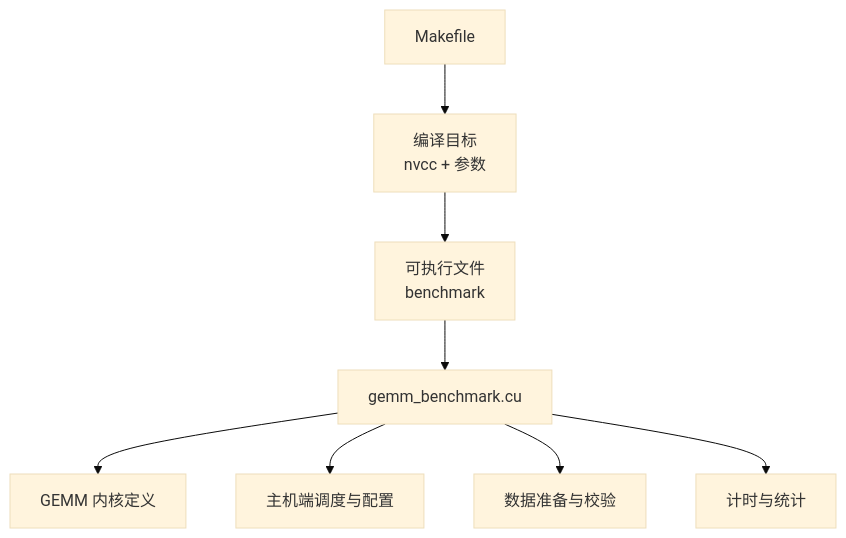
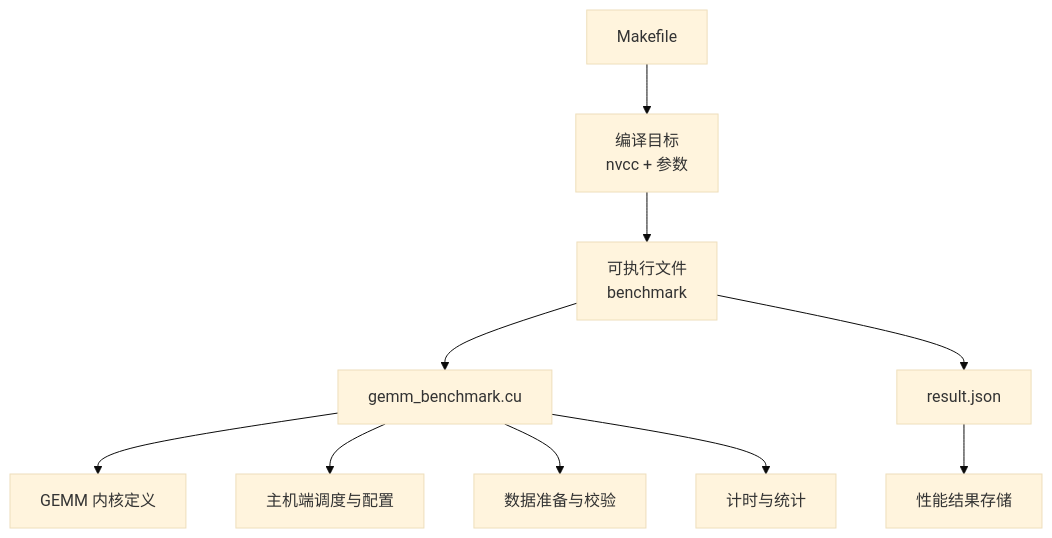
Before and after one commit to Bitllion/gemm_benchmark: the first of 6 diagrams in .qoder/repowiki/zh/content/技术实现/技术实现.md, drawn with Mermaid (base theme). The commit also changed other lines of this file and 5 other files, not shown here.

````diff
--- a/.qoder/repowiki/zh/content/技术实现/技术实现.md
+++ b/.qoder/repowiki/zh/content/技术实现/技术实现.md
@@ -29,10 +40,12 @@
 ```mermaid
 graph TB
 A["Makefile"] --> B["编译目标<br/>nvcc + 参数"]
 B --> C["可执行文件<br/>benchmark"]
 D["gemm_benchmark.cu"] --> E["GEMM 内核定义"]
 D --> F["主机端调度与配置"]
 D --> G["数据准备与校验"]
 D --> H["计时与统计"]
+I["result.json"] --> J["性能结果存储"]
 C --> D
+C --> I
 ```
````
